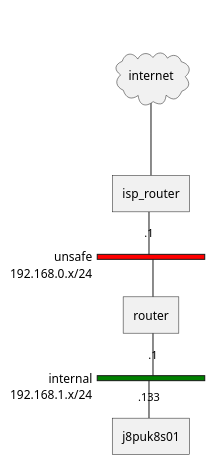
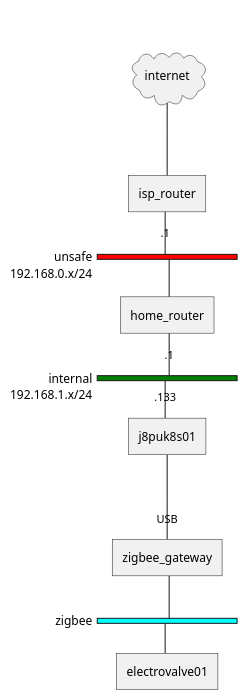
Before and after one commit to mjedwabn/j8-smarthome: the diagram in docs/network.puml, drawn with PlantUML. The commit also changed 1 other file, not shown here.

Commit message:
docs: ZigBee network

```diff
--- a/docs/network.puml
+++ b/docs/network.puml
@@ -1,24 +1,33 @@
 @startuml
 
 nwdiag {
-	internet [ shape = cloud ];
-	internet -- isp_router;
+	internet [ shape = cloud ]
+	internet -- isp_router
 
 	network unsafe {
 		address = "192.168.0.x/24"
 		color = red
 
 		isp_router [address = ".1"]
-		router
+		home_router
 	}
 
 	network internal {
 		address = "192.168.1.x/24"
 		color = green
 
-		router [address = ".1"]
+		home_router [address = ".1"]
 		j8puk8s01 [address = ".133"]
+	}
+
+	j8puk8s01 -- zigbee_gateway
+	zigbee_gateway [address = "USB"]
+
+	network zigbee {
+		color = aqua
+		electrovalve01
+		zigbee_gateway
 	}
 }
 
 @enduml
```
